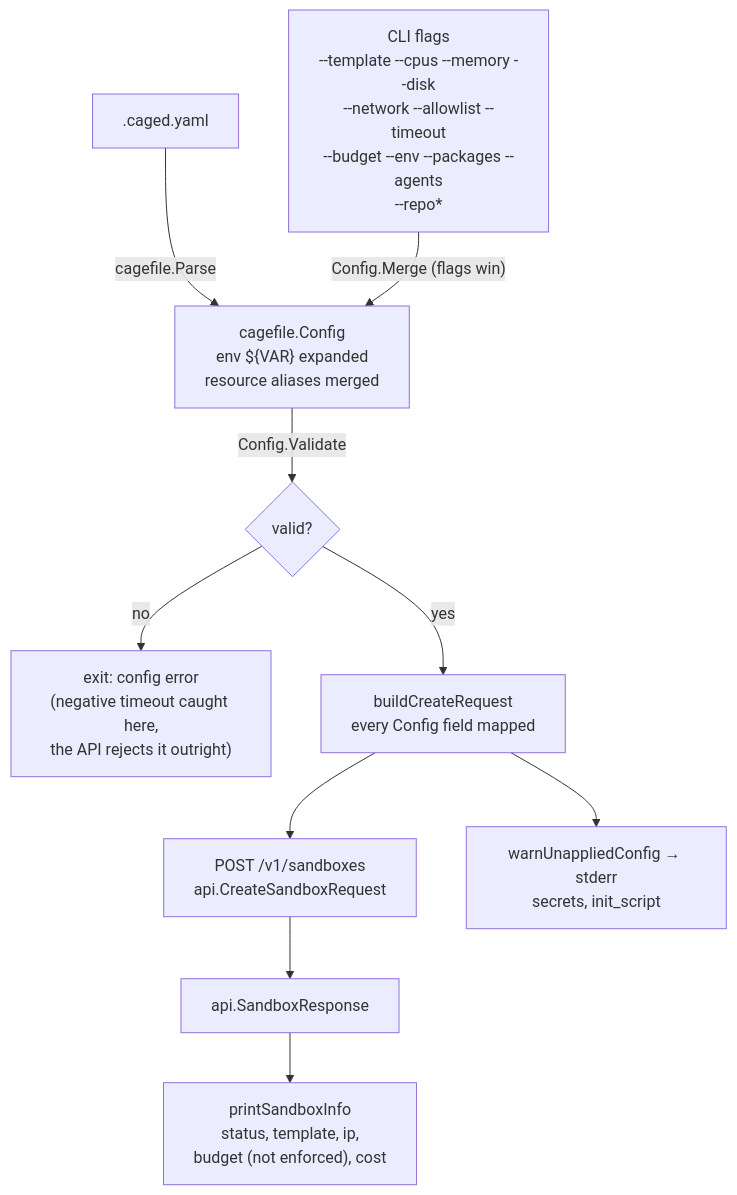
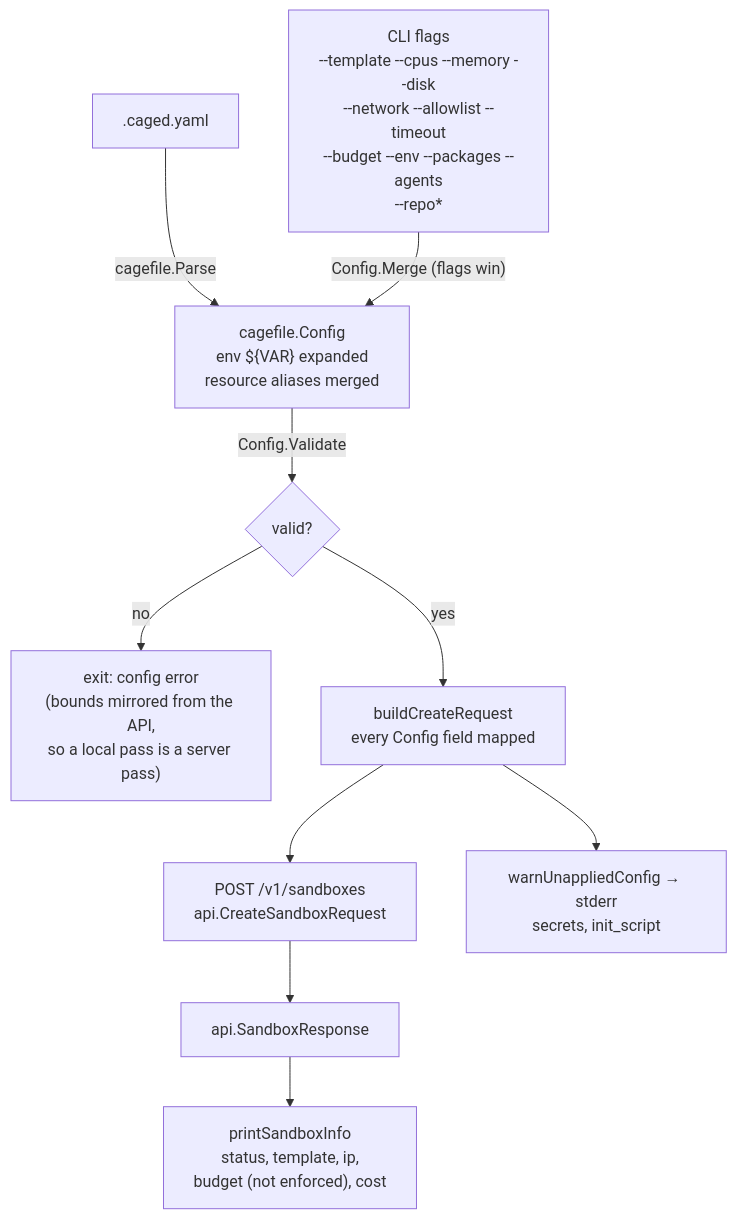
Before and after one commit to caged-dev/cli: the diagram in docs/flows/caged-up-config.md, drawn with Mermaid. The commit also changed other lines of this file and 6 other files, not shown here.

````diff
--- a/docs/flows/caged-up-config.md
+++ b/docs/flows/caged-up-config.md
@@ -8,12 +8,12 @@
 ```mermaid
 flowchart TD
     Y[".caged.yaml"] -->|cagefile.Parse| C["cagefile.Config<br/>env ${VAR} expanded<br/>resource aliases merged"]
     F["CLI flags<br/>--template --cpus --memory --disk<br/>--network --allowlist --timeout<br/>--budget --env --packages --agents<br/>--repo*"] -->|"Config.Merge (flags win)"| C
     C -->|Config.Validate| V{"valid?"}
-    V -->|no| E["exit: config error<br/>(negative timeout caught here,<br/>the API rejects it outright)"]
+    V -->|no| E["exit: config error<br/>(bounds mirrored from the API,<br/>so a local pass is a server pass)"]
     V -->|yes| B["buildCreateRequest<br/>every Config field mapped"]
     B --> W["POST /v1/sandboxes<br/>api.CreateSandboxRequest"]
     B --> N["warnUnappliedConfig → stderr<br/>secrets, init_script"]
     W --> S["api.SandboxResponse"]
     S --> P["printSandboxInfo<br/>status, template, ip,<br/>budget (not enforced), cost"]
 ```
````
